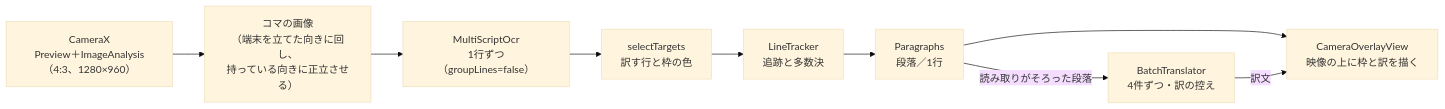
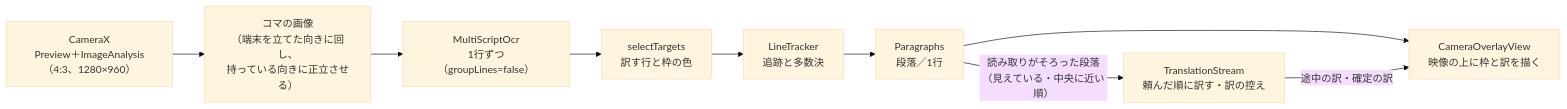
One commit to kagerouttepaso/PlamoTranslate changed the diagram in docs/10_カメラ翻訳.md. Above: the diagram before and after it, drawn with Mermaid (base theme). The commit also changed other lines of this file and 12 other files, not shown here.

First line of the commit message:
ユーザー補助の合図を足し、設計書を新しい構成に合わせる

````diff
--- a/docs/10_カメラ翻訳.md
+++ b/docs/10_カメラ翻訳.md
@@ -63,11 +63,11 @@
 ```mermaid
 flowchart LR
   CAM["CameraX<br>Preview＋ImageAnalysis（4:3、1280×960）"] --> BMP["コマの画像<br>（端末を立てた向きに回し、<br>持っている向きに正立させる）"]
   BMP --> OCR["MultiScriptOcr<br>1行ずつ（groupLines=false）"]
   OCR --> SEL["selectTargets<br>訳す行と枠の色"]
   SEL --> TR["LineTracker<br>追跡と多数決"]
   TR --> PAR["Paragraphs<br>段落／1行"]
-  PAR -- 読み取りがそろった段落 --> BT["BatchTranslator<br>4件ずつ・訳の控え"]
+  PAR -- 読み取りがそろった段落<br>（見えている・中央に近い順） --> TS["TranslationStream<br>頼んだ順に訳す・訳の控え"]
   PAR --> OV["CameraOverlayView<br>映像の上に枠と訳を描く"]
-  BT -- 訳文 --> OV
+  TS -- 途中の訳・確定の訳 --> OV
 ```
````
